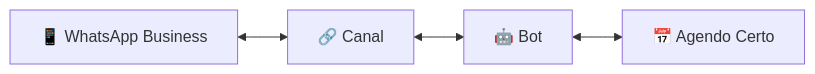
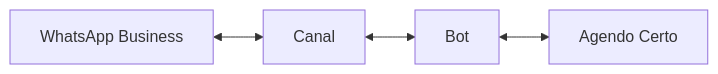
Before and after one commit to AgendoCerto/docs: the first of 4 diagrams in contents/guides/canais.md, drawn with Mermaid. The commit also changed other lines of this file and 6 other files, not shown here.

````diff
--- a/contents/guides/canais.md
+++ b/contents/guides/canais.md
@@ -15,6 +15,6 @@
 ```mermaid
 graph LR
-    A[📱 WhatsApp Business] <--> B[🔗 Canal]
-    B <--> C[🤖 Bot]
-    C <--> D[📅 Agendo Certo]
+    A[WhatsApp Business] <--> B[Canal]
+    B <--> C[Bot]
+    C <--> D[Agendo Certo]
 ```
````
